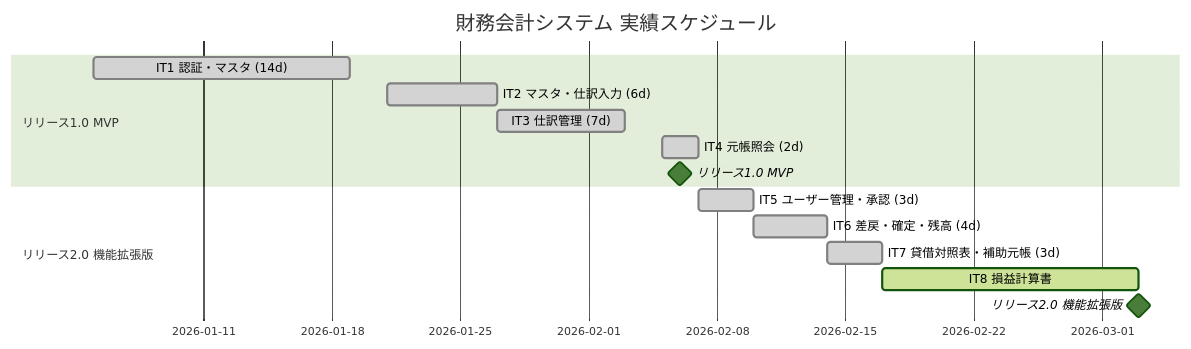
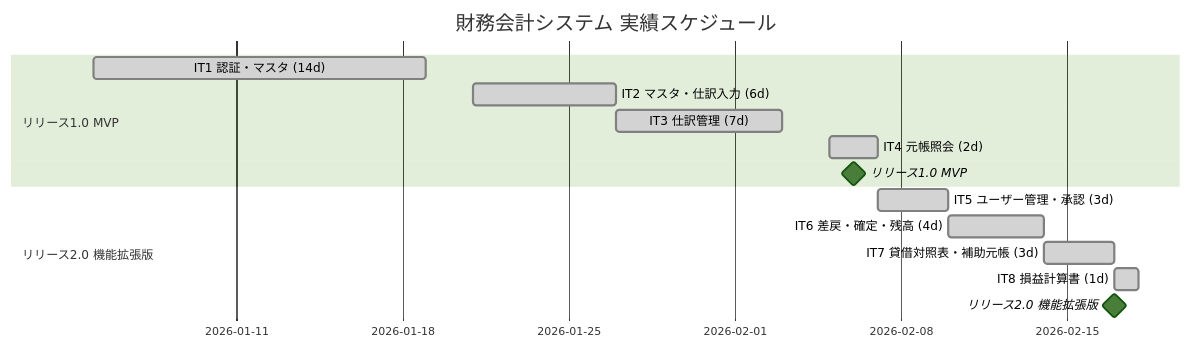
The fifth of 6 diagrams in docs/development/release_plan.md (k2works/case-study-accounting), drawn with Mermaid (forest theme) before and after one commit. The commit also changed other lines of this file and 1 other file, not shown here.

First line of the commit message:
docs: イテレーション8完了・リリース 2.0 達成の進捗更新

````diff
--- a/docs/development/release_plan.md
+++ b/docs/development/release_plan.md
@@ -293,19 +293,19 @@
 ```mermaid
 gantt
     title 財務会計システム 実績スケジュール
     dateFormat  YYYY-MM-DD
 
     section リリース1.0 MVP
     IT1 認証・マスタ (14d)     :done, a1, 2026-01-05, 14d
     IT2 マスタ・仕訳入力 (6d)  :done, a2, 2026-01-21, 6d
     IT3 仕訳管理 (7d)          :done, a3, 2026-01-27, 7d
     IT4 元帳照会 (2d)          :done, a4, 2026-02-05, 2d
     リリース1.0 MVP            :milestone, ma1, 2026-02-06, 0d
 
     section リリース2.0 機能拡張版
     IT5 ユーザー管理・承認 (3d) :done, a5, 2026-02-07, 3d
     IT6 差戻・確定・残高 (4d)   :done, a6, 2026-02-10, 4d
     IT7 貸借対照表・補助元帳 (3d) :done, a7, 2026-02-14, 3d
-    IT8 損益計算書              :active, a8, 2026-02-17, 14d
-    リリース2.0 機能拡張版      :milestone, ma2, after a8, 0d
+    IT8 損益計算書 (1d)          :done, a8, 2026-02-17, 1d
+    リリース2.0 機能拡張版      :milestone, ma2, 2026-02-17, 0d
 ```
````
